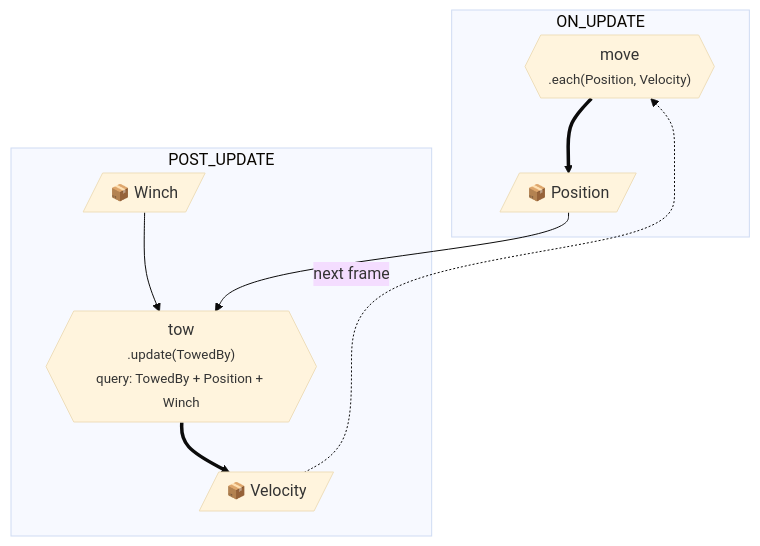
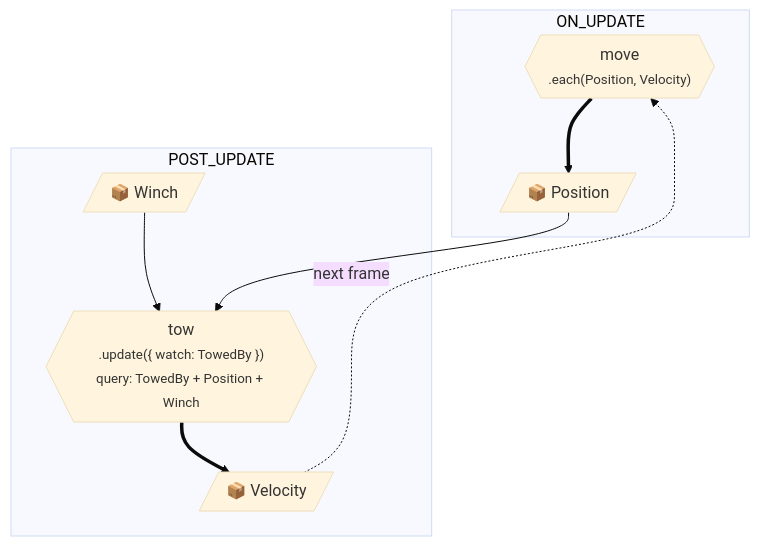
The fourth of 4 diagrams in lib/vecs/docs/diagrams.md (vworlds/vecs), drawn with Mermaid (base theme) before and after one commit. The commit also changed 44 other files, not shown here.

````diff
--- a/lib/vecs/docs/diagrams.md
+++ b/lib/vecs/docs/diagrams.md
@@ -140,17 +140,17 @@
 ```mermaid
 flowchart TB
   subgraph ON_UPDATE
     move{{"move<br/><small>.each(Position, Velocity)</small>"}}
     Position[/"📦 Position"/]
   end
   subgraph POST_UPDATE
-    tow{{"tow<br/><small>.update(TowedBy)<br/>query: TowedBy + Position + Winch</small>"}}
+    tow{{"tow<br/><small>.update({ watch: TowedBy })<br/>query: TowedBy + Position + Winch</small>"}}
     Winch[/"📦 Winch"/]
     Velocity[/"📦 Velocity"/]
   end
   move ==> Position
   Position --> tow
   tow ==> Velocity
   Velocity -. next frame .-> move
   Winch --> tow
 ```
````
